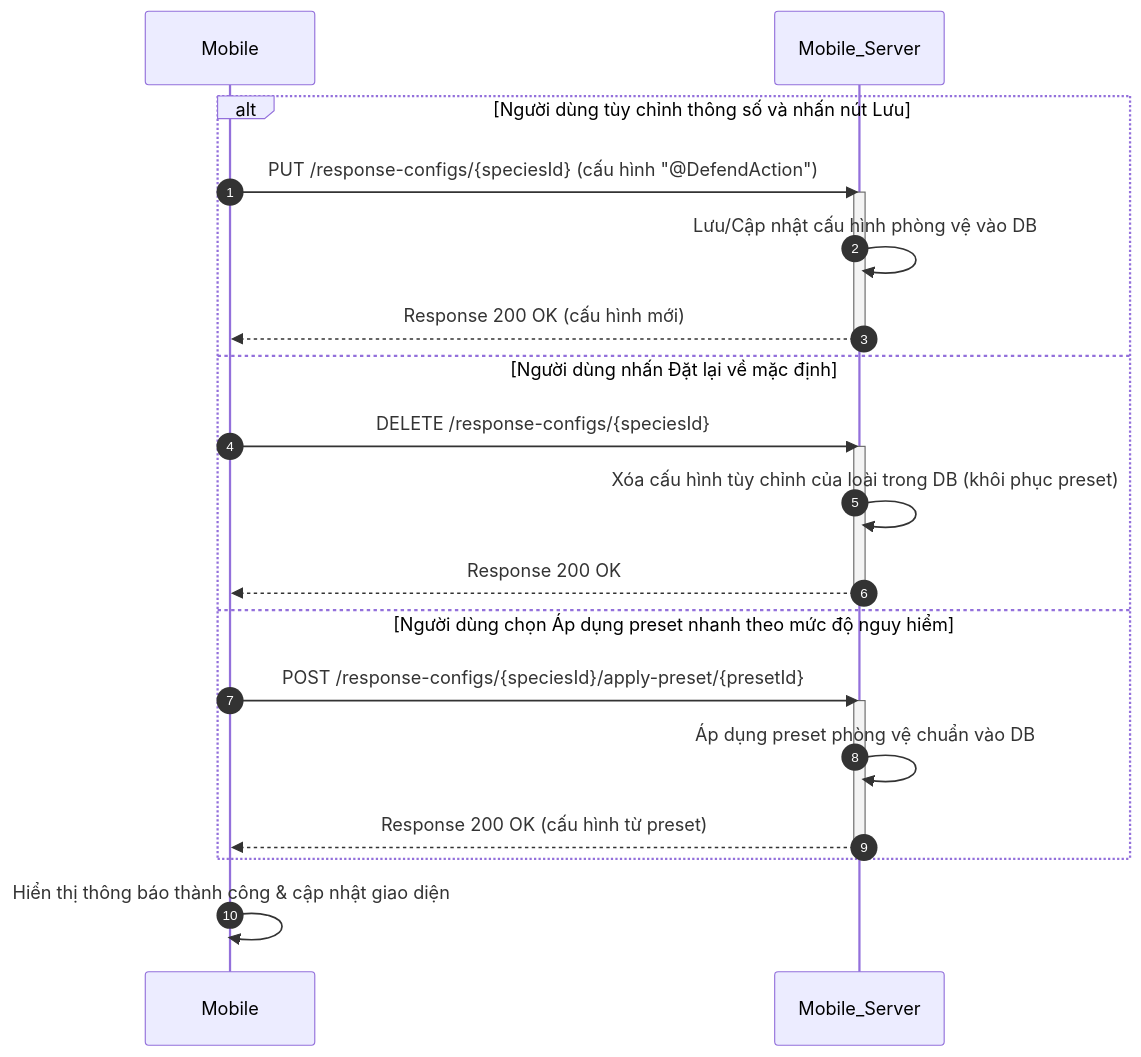
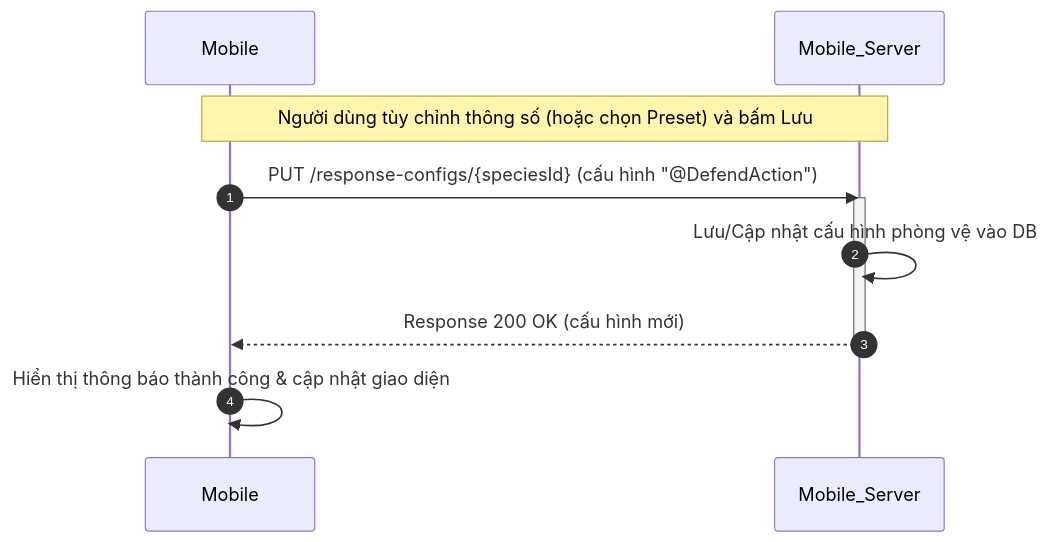
Before and after one commit to trungnguyenthien/Wildlife-Warning-and-Deterrence-System: diagram 13 of 18 in docs/04-sequence-diagram.md, drawn with Mermaid. The commit also changed other lines of this file, not shown here.

Commit message:
docs: update sequence diagram to reflect latest system workflow changes

````diff
--- a/docs/04-sequence-diagram.md
+++ b/docs/04-sequence-diagram.md
@@ -508,27 +507,14 @@
 ```mermaid
 sequenceDiagram
     autonumber
     participant Mobile as Mobile
     participant Mobile_Server as Mobile_Server
 
-    alt Người dùng tùy chỉnh thông số và nhấn nút Lưu
-        Mobile->>Mobile_Server: PUT /response-configs/{speciesId} (cấu hình "@DefendAction")
-        activate Mobile_Server
-        Mobile_Server->>Mobile_Server: Lưu/Cập nhật cấu hình phòng vệ vào DB
-        Mobile_Server-->>Mobile: Response 200 OK (cấu hình mới)
-        deactivate Mobile_Server
-    else Người dùng nhấn Đặt lại về mặc định
-        Mobile->>Mobile_Server: DELETE /response-configs/{speciesId}
-        activate Mobile_Server
-        Mobile_Server->>Mobile_Server: Xóa cấu hình tùy chỉnh của loài trong DB (khôi phục preset)
-        Mobile_Server-->>Mobile: Response 200 OK
-        deactivate Mobile_Server
-    else Người dùng chọn Áp dụng preset nhanh theo mức độ nguy hiểm
-        Mobile->>Mobile_Server: POST /response-configs/{speciesId}/apply-preset/{presetId}
-        activate Mobile_Server
-        Mobile_Server->>Mobile_Server: Áp dụng preset phòng vệ chuẩn vào DB
-        Mobile_Server-->>Mobile: Response 200 OK (cấu hình từ preset)
-        deactivate Mobile_Server
-    end
+    Note over Mobile, Mobile_Server: Người dùng tùy chỉnh thông số (hoặc chọn Preset) và bấm Lưu
+    Mobile->>Mobile_Server: PUT /response-configs/{speciesId} (cấu hình "@DefendAction")
+    activate Mobile_Server
+    Mobile_Server->>Mobile_Server: Lưu/Cập nhật cấu hình phòng vệ vào DB
+    Mobile_Server-->>Mobile: Response 200 OK (cấu hình mới)
+    deactivate Mobile_Server
     Mobile->>Mobile: Hiển thị thông báo thành công & cập nhật giao diện
 ```
````
